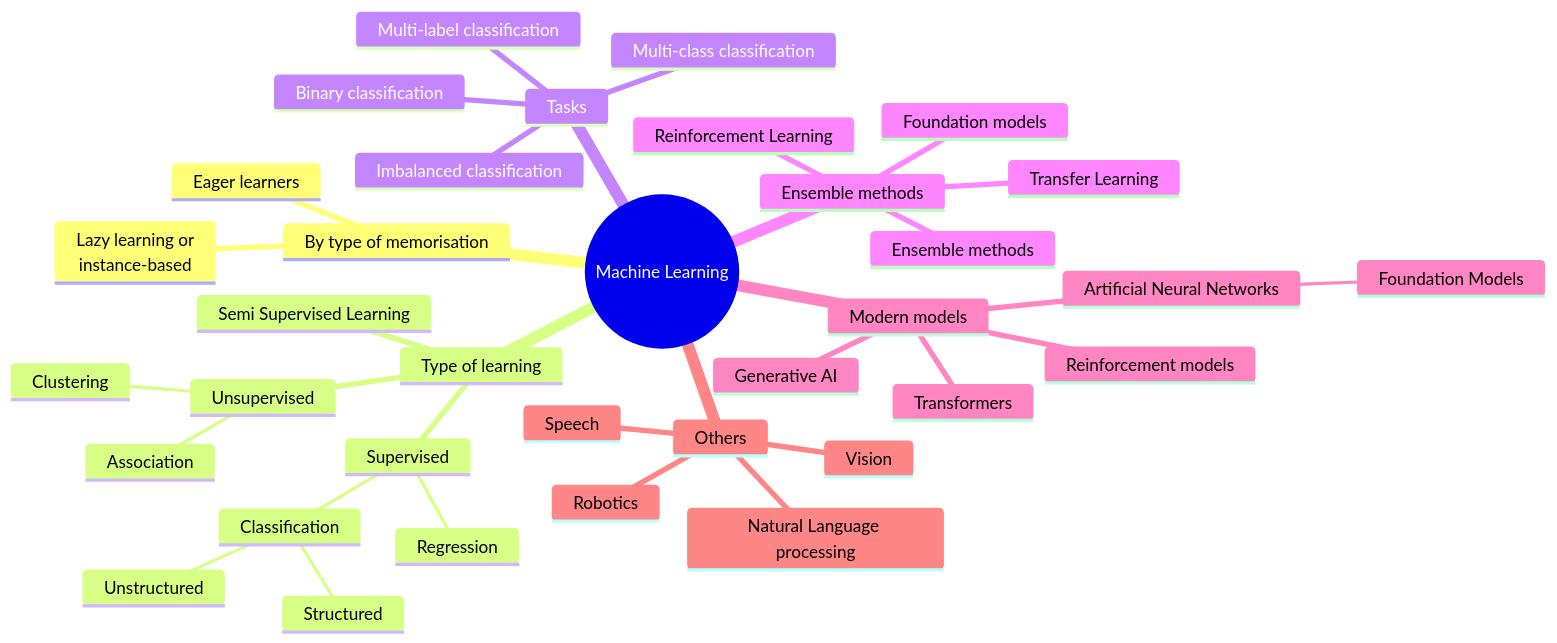
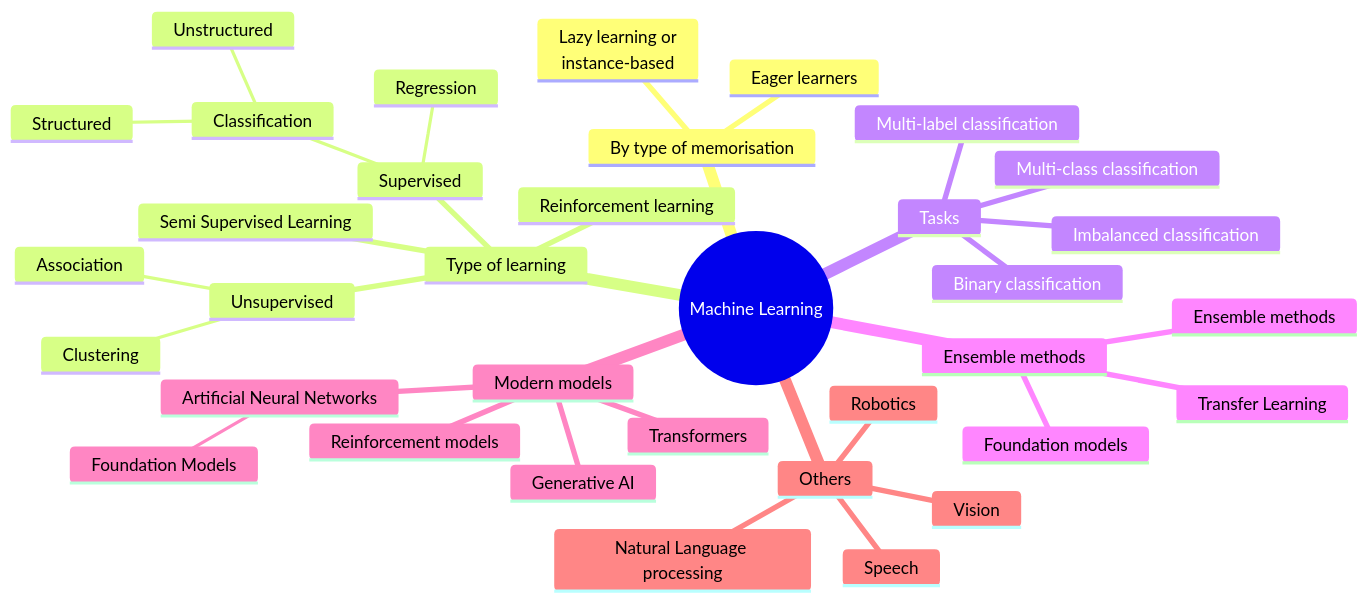
Before and after one commit to AI-SDC/SDC-Reboot: the diagram in categorisation_of_models_and_risks.md, drawn with Mermaid. The commit also changed other lines of this file, not shown here.

````diff
--- a/categorisation_of_models_and_risks.md
+++ b/categorisation_of_models_and_risks.md
@@ -8,53 +8,53 @@
 ```mermaid
 ---
 config:
   theme: classic
 ---
 mindmap
   root((Machine Learning))
     By type of memorisation
     ::icon(fa fa-book)
       Lazy learning or<br/> instance-based
       Eager learners
 
     Type of learning
     ::icon(fas fa-sort-amount-down)  
       Supervised
         Regression
         Classification
             Structured
             Unstructured
       Unsupervised
         Clustering
         Association
       Semi Supervised Learning
+      Reinforcement learning
     
     Tasks
     ::icon(fas fa-tasks)
       Binary classification
       Multi-class classification
       Multi-label classification
       Imbalanced classification
 
     Ensemble methods
     ::icon(fas fa-shapes)
-      Reinforcement Learning
       Transfer Learning
       Ensemble methods
       Foundation models
     
     Modern models
     ::icon(fas fa-brain)
       Artificial Neural Networks
         Foundation Models
       Transformers
       Generative AI
       Reinforcement models
     
     Others
     ::icon(fas fa-tags)
       Natural Language processing
       Speech
       Vision
       Robotics
 ```
````
